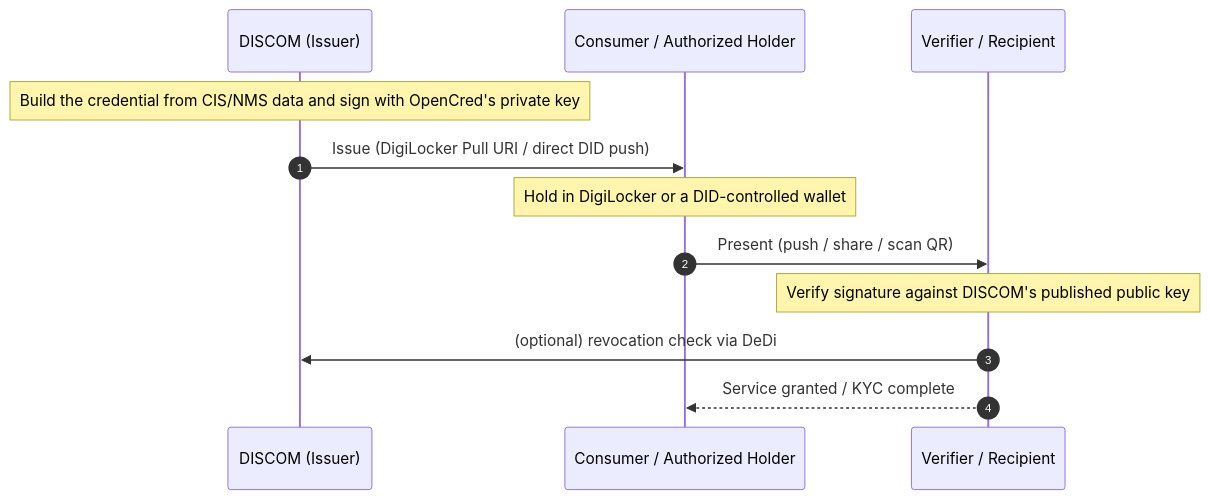
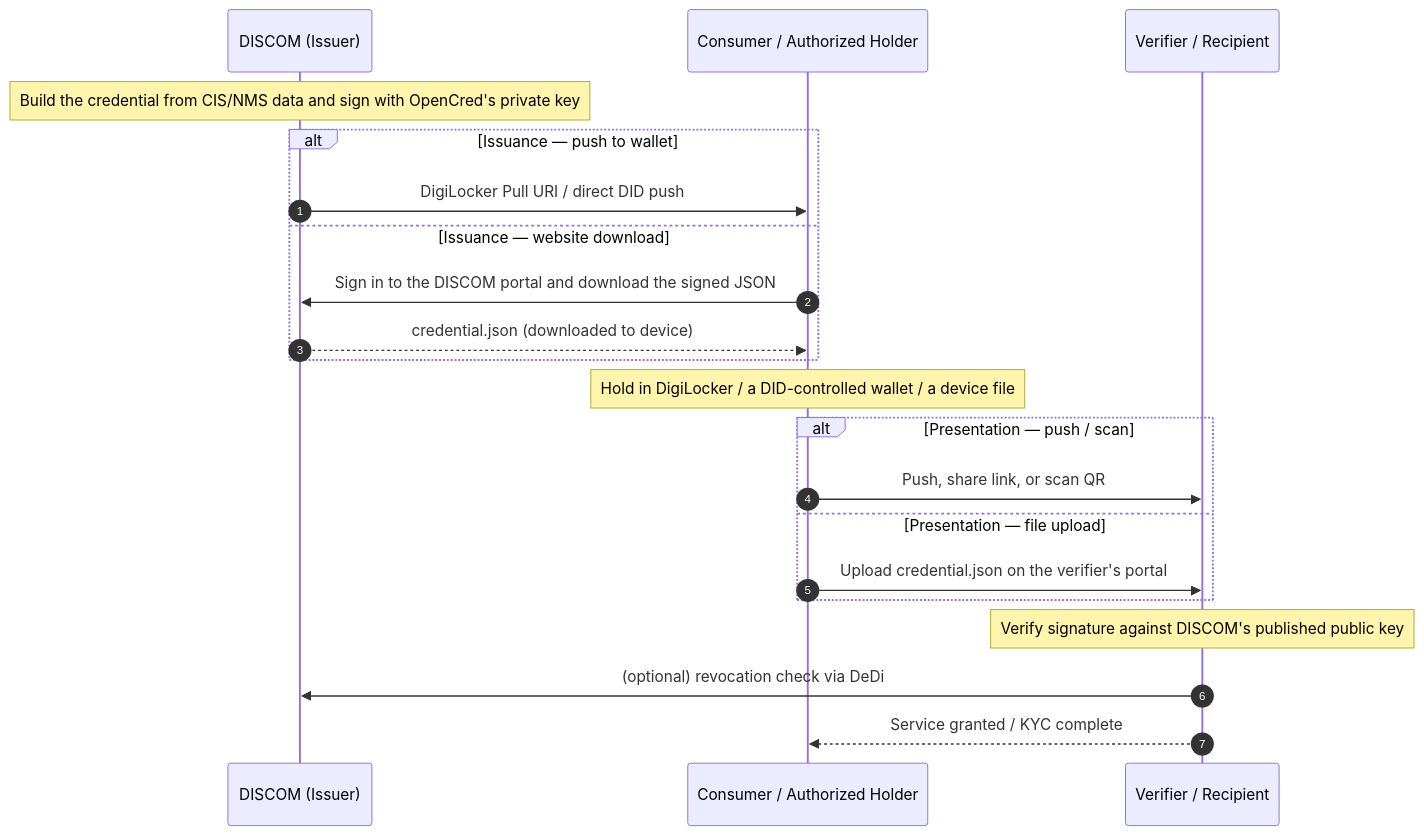
One commit to India-Energy-Stack/ies-accelerator changed the diagram in energy-credentials/README.md. Above: the diagram before and after it, drawn with Mermaid. The commit also changed other lines of this file and 19 other files, not shown here.

````diff
--- a/energy-credentials/README.md
+++ b/energy-credentials/README.md
@@ -25,14 +25,23 @@
 ```mermaid
 sequenceDiagram
     autonumber
     participant DISCOM as DISCOM (Issuer)
     participant Holder as Consumer / Authorized Holder
     participant Verifier as Verifier / Recipient
     Note over DISCOM: Build the credential from CIS/NMS data and sign with OpenCred's private key
-    DISCOM->>Holder: Issue (DigiLocker Pull URI / direct DID push)
-    Note over Holder: Hold in DigiLocker or a DID-controlled wallet
-    Holder->>Verifier: Present (push / share / scan QR)
+    alt Issuance — push to wallet
+        DISCOM->>Holder: DigiLocker Pull URI / direct DID push
+    else Issuance — website download
+        Holder->>DISCOM: Sign in to the DISCOM portal and download the signed JSON
+        DISCOM-->>Holder: credential.json (downloaded to device)
+    end
+    Note over Holder: Hold in DigiLocker / a DID-controlled wallet / a device file
+    alt Presentation — push / scan
+        Holder->>Verifier: Push, share link, or scan QR
+    else Presentation — file upload
+        Holder->>Verifier: Upload credential.json on the verifier's portal
+    end
     Note over Verifier: Verify signature against DISCOM's published public key
     Verifier->>DISCOM: (optional) revocation check via DeDi
     Verifier-->>Holder: Service granted / KYC complete
 ```
````
